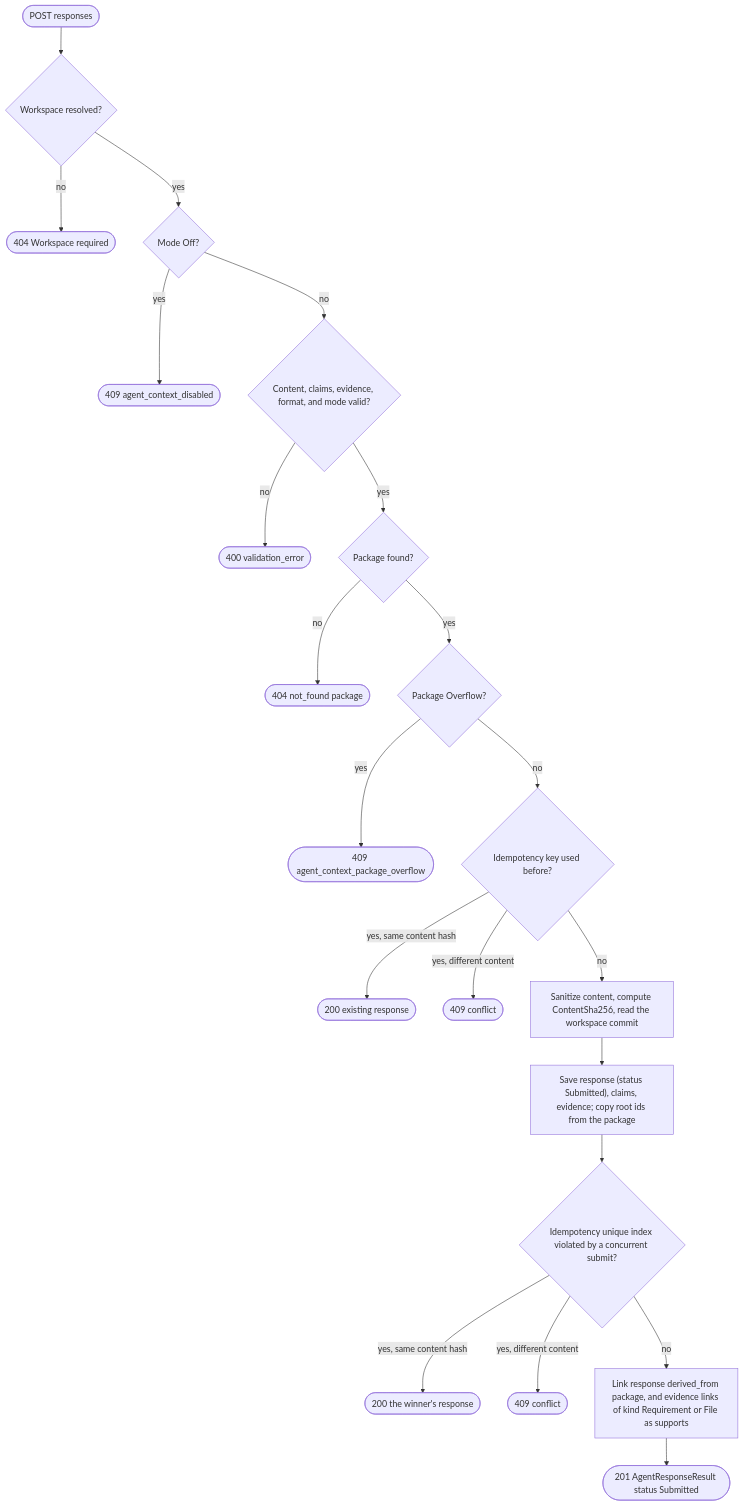
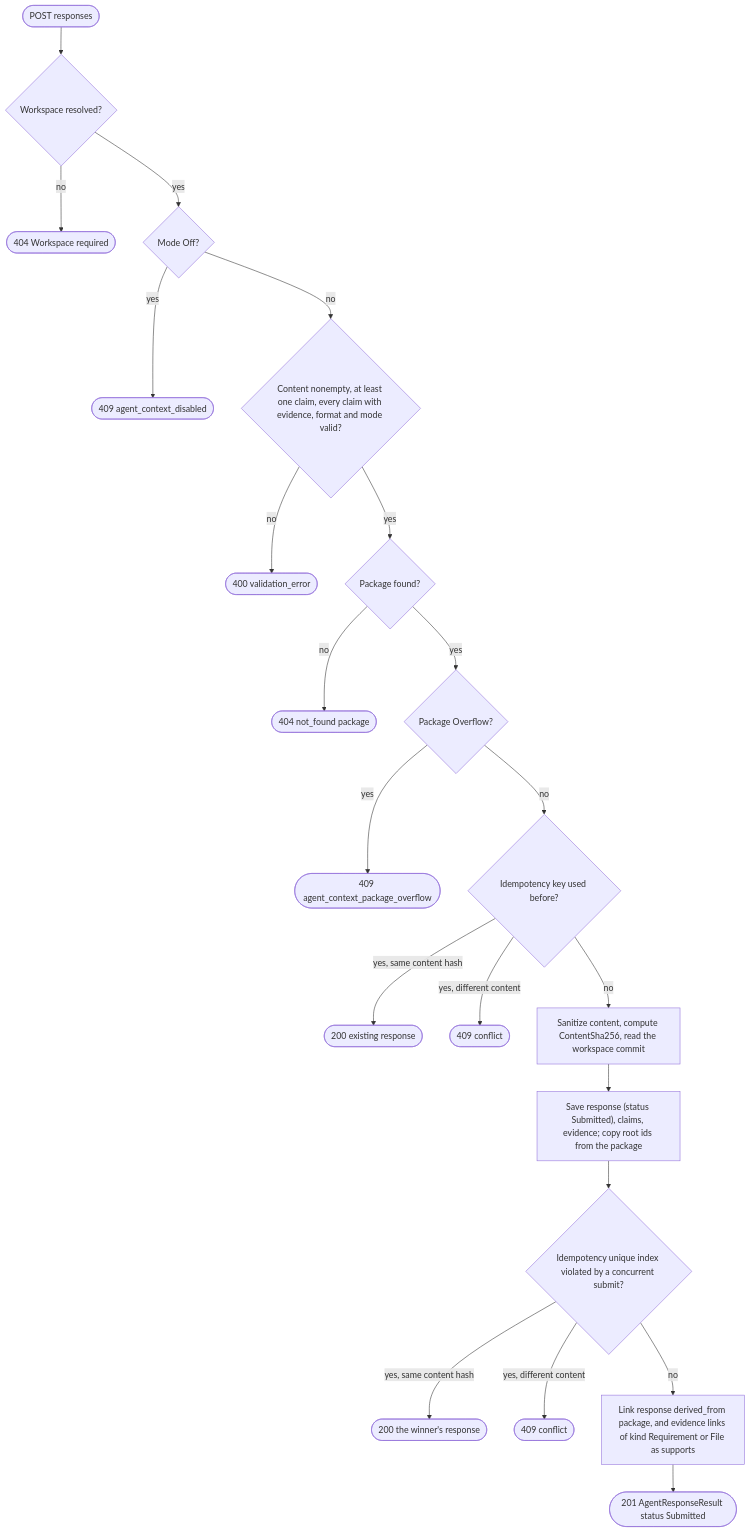
Before and after one commit to sharpninja/McpServer: the eighth of 59 diagrams in docs/Stateless-Agent-Context-Management.md, drawn with Mermaid. The commit also changed other lines of this file and 6 other files, not shown here.

````diff
--- a/docs/Stateless-Agent-Context-Management.md
+++ b/docs/Stateless-Agent-Context-Management.md
@@ -381,23 +412,23 @@
 ```mermaid
 flowchart TD
     S(["POST responses"]) --> W{"Workspace resolved?"}
     W -->|no| E0(["404 Workspace required"])
     W -->|yes| MO{"Mode Off?"}
     MO -->|yes| E1(["409 agent_context_disabled"])
-    MO -->|no| V{"Content, claims, evidence, format, and mode valid?"}
+    MO -->|no| V{"Content nonempty, at least one claim, every claim with evidence, format and mode valid?"}
     V -->|no| E2(["400 validation_error"])
     V -->|yes| P{"Package found?"}
     P -->|no| E3(["404 not_found package"])
     P -->|yes| OV{"Package Overflow?"}
     OV -->|yes| E4(["409 agent_context_package_overflow"])
     OV -->|no| ID{"Idempotency key used before?"}
     ID -->|yes, same content hash| EX(["200 existing response"])
     ID -->|yes, different content| E5(["409 conflict"])
     ID -->|no| SAN["Sanitize content, compute ContentSha256, read the workspace commit"]
     SAN --> SV["Save response (status Submitted), claims, evidence; copy root ids from the package"]
     SV --> RACE{"Idempotency unique index violated by a concurrent submit?"}
     RACE -->|yes, same content hash| EX2(["200 the winner's response"])
     RACE -->|yes, different content| E6(["409 conflict"])
     RACE -->|no| REL["Link response derived_from package, and evidence links of kind Requirement or File as supports"]
     REL --> OK(["201 AgentResponseResult status Submitted"])
 ```
````
